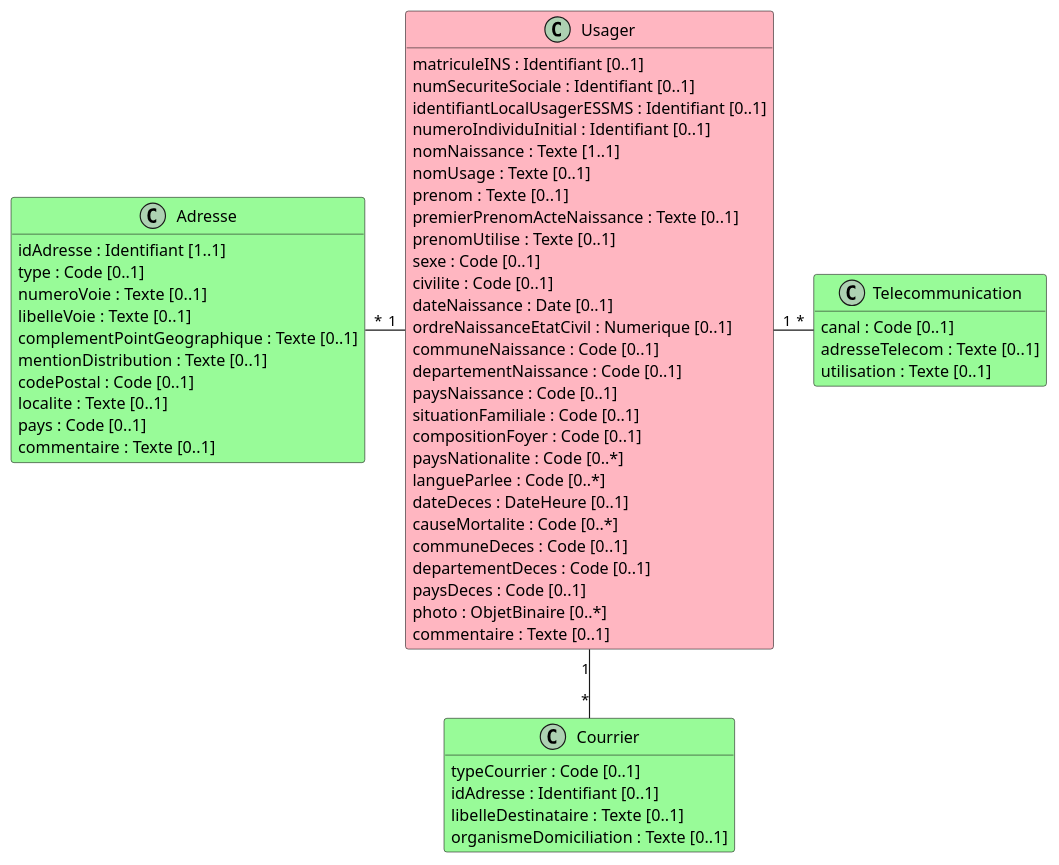
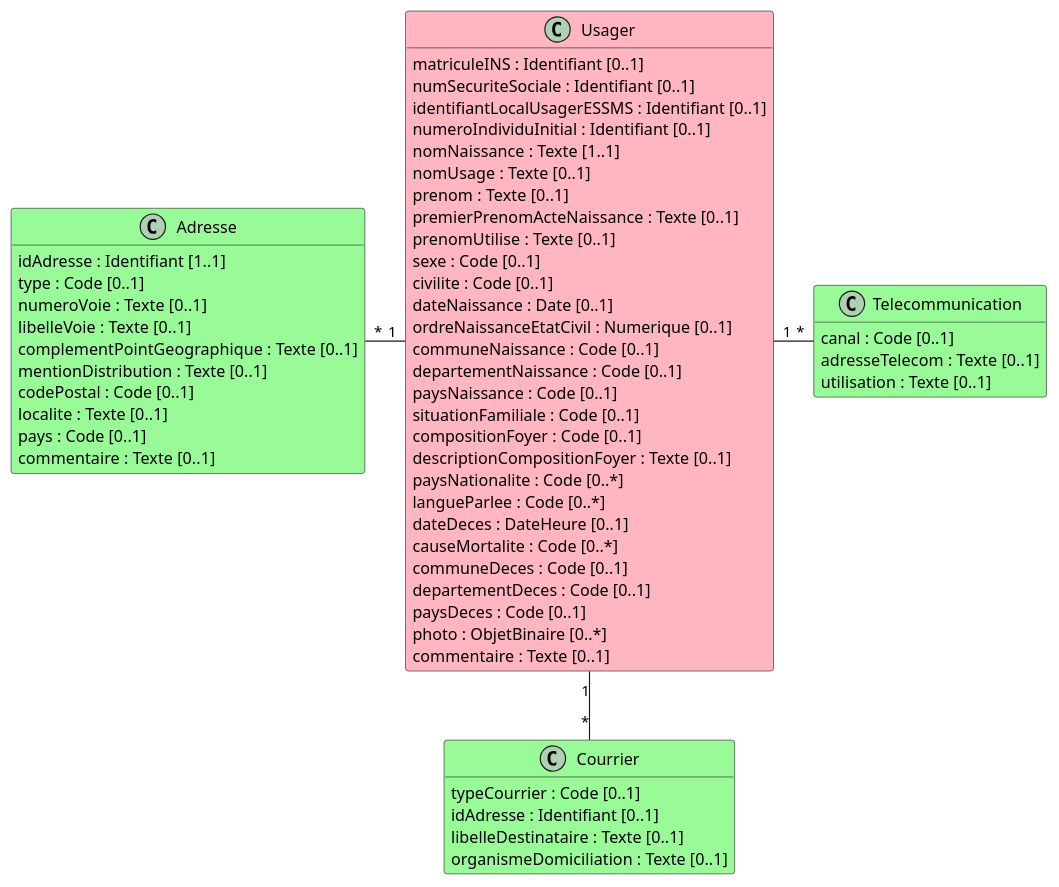
One commit to ansforge/IG-fhir-medicosocial-transfert-donnees-dui changed the diagram in input/images-source/bloc_identification_coordonnees.plantuml. Above: the diagram before and after it, drawn with PlantUML. The commit also changed 2 other files, not shown here.

```diff
--- a/input/images-source/bloc_identification_coordonnees.plantuml
+++ b/input/images-source/bloc_identification_coordonnees.plantuml
@@ -1,65 +1,66 @@
 @startuml
 
 hide empty methods
 
 class Usager #LightPink {
     matriculeINS : Identifiant [0..1]
     numSecuriteSociale : Identifiant [0..1]
     identifiantLocalUsagerESSMS : Identifiant [0..1]
     numeroIndividuInitial : Identifiant [0..1]
     nomNaissance : Texte [1..1]
     nomUsage : Texte [0..1]
     prenom : Texte [0..1]
     premierPrenomActeNaissance : Texte [0..1]
     prenomUtilise : Texte [0..1]
     sexe : Code [0..1]
     civilite : Code [0..1]
     dateNaissance : Date [0..1]
     ordreNaissanceEtatCivil : Numerique [0..1]
     communeNaissance : Code [0..1]
     departementNaissance : Code [0..1]
     paysNaissance : Code [0..1]
     situationFamiliale : Code [0..1]
     compositionFoyer : Code [0..1]
+    descriptionCompositionFoyer : Texte [0..1]
     paysNationalite : Code [0..*]
     langueParlee : Code [0..*]
     dateDeces : DateHeure [0..1]
     causeMortalite : Code [0..*]
     communeDeces : Code [0..1]
     departementDeces : Code [0..1]
     paysDeces : Code [0..1]
     photo : ObjetBinaire [0..*]
     commentaire : Texte [0..1]
 }
 
 class Adresse #PaleGreen {
     idAdresse : Identifiant [1..1]
     type : Code [0..1]
     numeroVoie : Texte [0..1]
     libelleVoie : Texte [0..1]
     complementPointGeographique : Texte [0..1]
     mentionDistribution : Texte [0..1]
     codePostal : Code [0..1]
     localite : Texte [0..1]
     pays : Code [0..1]
     commentaire : Texte [0..1]
 }
 
 class Telecommunication #PaleGreen {
     canal : Code [0..1]
     adresseTelecom : Texte [0..1]
     utilisation : Texte [0..1]
 }
 
 class Courrier #PaleGreen {
     typeCourrier : Code [0..1]
     idAdresse : Identifiant [0..1]
     libelleDestinataire : Texte [0..1]
     organismeDomiciliation : Texte [0..1]
 }
 
 Adresse "*" - "1" Usager
 Usager "1" - "*" Telecommunication
 Usager "1" -- "*" Courrier
 
 @enduml
```
